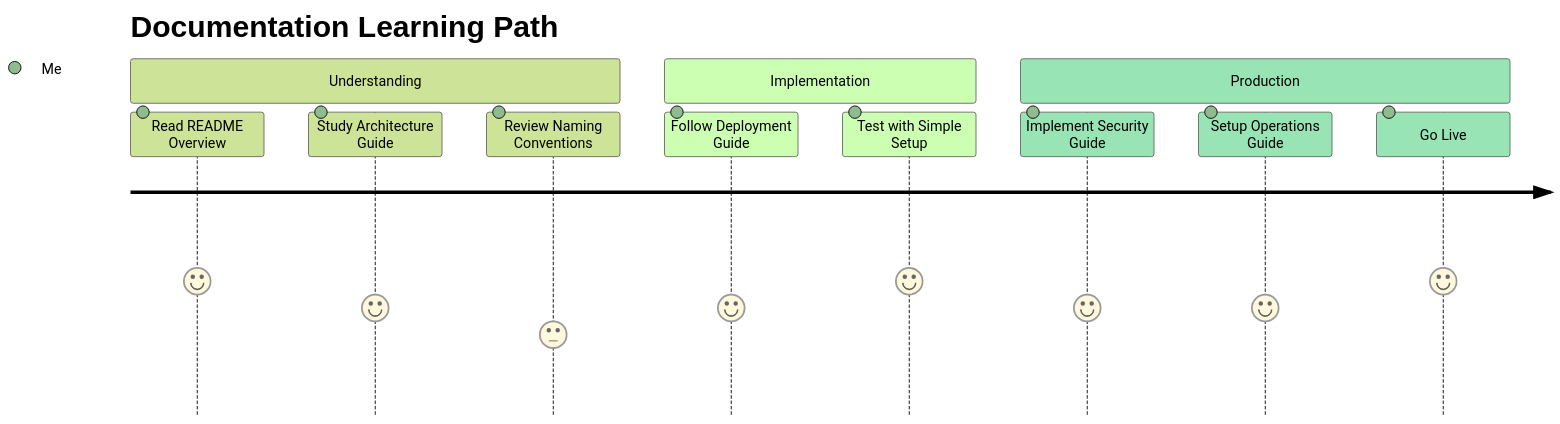
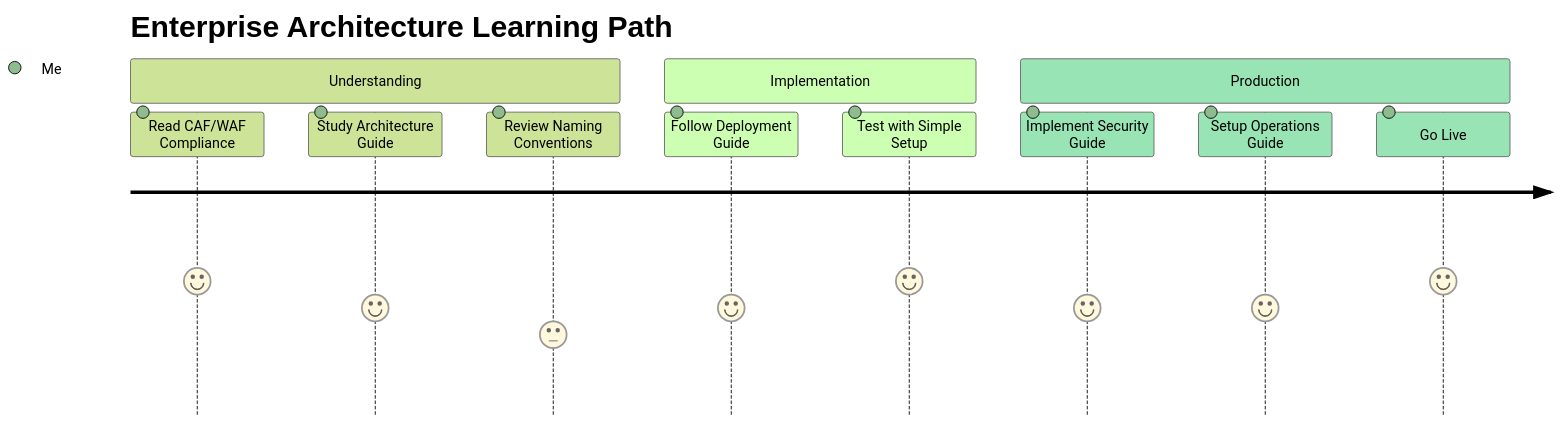
One commit to srnichols/StampsPattern changed the first of 2 diagrams in README.md. Above: the diagram before and after it, drawn with Mermaid (forest theme). The commit also changed other lines of this file and 18 other files, not shown here.

First line of the commit message:
feat: Establish production-ready baseline with comprehensive CAF/WAF compliance

````diff
--- a/README.md
+++ b/README.md
@@ -45,15 +80,15 @@
 ```mermaid
 journey
-    title Documentation Learning Path
+    title Enterprise Architecture Learning Path
     section Understanding
-      Read README Overview: 5: Me
+      Read CAF/WAF Compliance: 5: Me
       Study Architecture Guide: 4: Me
       Review Naming Conventions: 3: Me
     section Implementation  
       Follow Deployment Guide: 4: Me
       Test with Simple Setup: 5: Me
     section Production
       Implement Security Guide: 4: Me
       Setup Operations Guide: 4: Me
       Go Live: 5: Me
 ```
````
